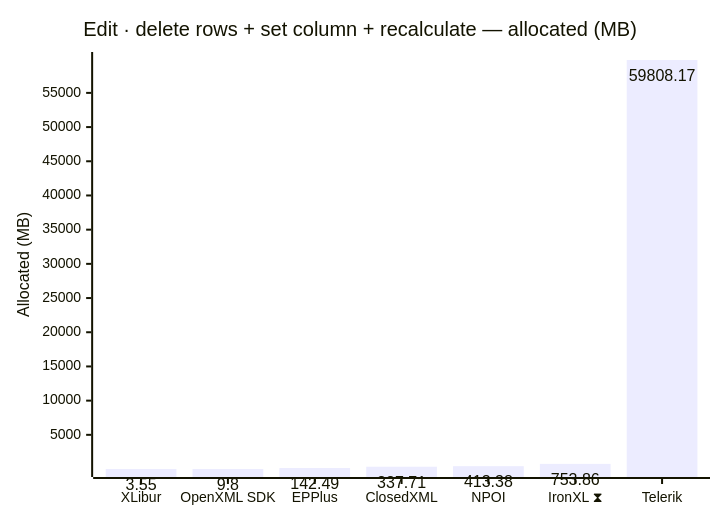
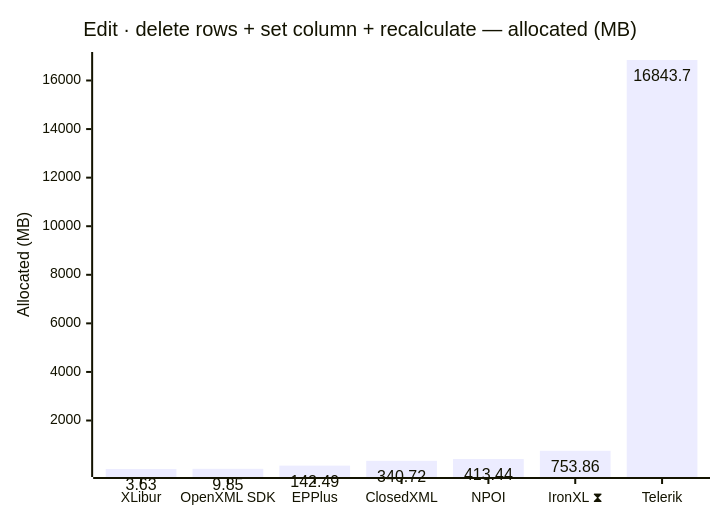
The tenth of 12 diagrams in docs/results.md (jafin/XLBench), drawn with Mermaid before and after one commit. The commit also changed other lines of this file and 4 other files, not shown here.

````diff
--- a/docs/results.md
+++ b/docs/results.md
@@ -157,12 +157,12 @@
 ```mermaid
 ---
 config:
   xyChart:
     showDataLabel: true
 ---
 xychart-beta
     title "Edit · delete rows + set column + recalculate — allocated (MB)"
     x-axis ["XLibur", "OpenXML SDK", "EPPlus", "ClosedXML", "NPOI", "IronXL ⧗", "Telerik"]
     y-axis "Allocated (MB)"
-    bar [3.55, 9.8, 142.49, 337.71, 413.38, 753.86, 59808.17]
+    bar [3.63, 9.85, 142.49, 340.72, 413.44, 753.86, 16843.7]
 ```
````
